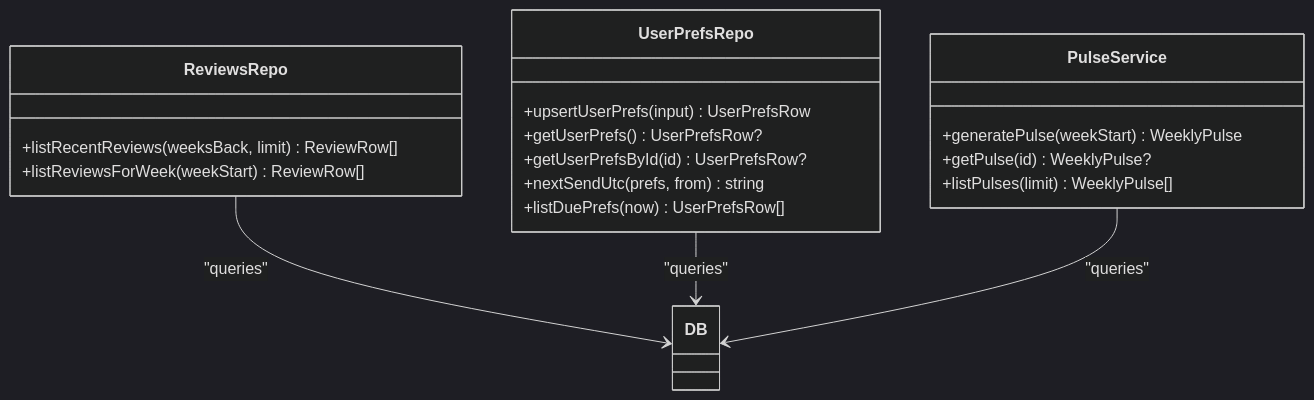
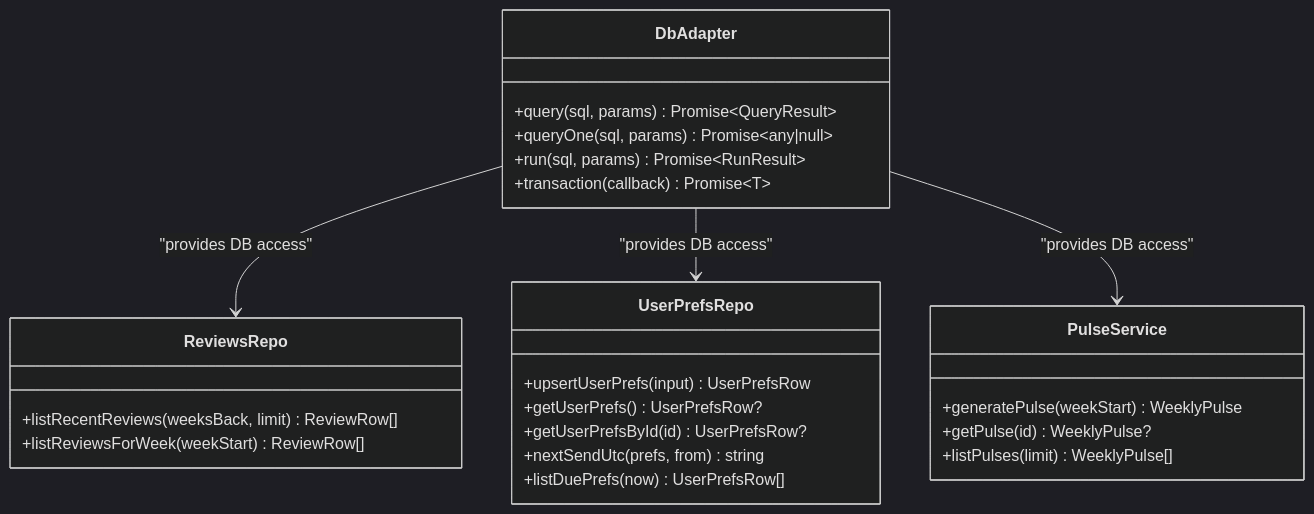
One commit to aravinthraj-ramalingam/Groww-App-Review-Insights-Analyzer- changed the sixth of 9 diagrams in .qoder/repowiki/en/content/Phase 1_ Review Scraper/Database Layer.md. Above: the diagram before and after it, drawn with Mermaid (dark theme). The commit also changed other lines of this file and 10 other files, not shown here.

````diff
--- a/.qoder/repowiki/en/content/Phase 1_ Review Scraper/Database Layer.md
+++ b/.qoder/repowiki/en/content/Phase 1_ Review Scraper/Database Layer.md
@@ -396,22 +428,28 @@
 ```mermaid
 classDiagram
+class DbAdapter {
++query(sql, params) Promise~QueryResult~
++queryOne(sql, params) Promise~any|null~
++run(sql, params) Promise~RunResult~
++transaction(callback) Promise~T~
+}
 class ReviewsRepo {
 +listRecentReviews(weeksBack, limit) ReviewRow[]
 +listReviewsForWeek(weekStart) ReviewRow[]
 }
 class UserPrefsRepo {
 +upsertUserPrefs(input) UserPrefsRow
 +getUserPrefs() UserPrefsRow?
 +getUserPrefsById(id) UserPrefsRow?
 +nextSendUtc(prefs, from) string
 +listDuePrefs(now) UserPrefsRow[]
 }
 class PulseService {
 +generatePulse(weekStart) WeeklyPulse
 +getPulse(id) WeeklyPulse?
 +listPulses(limit) WeeklyPulse[]
 }
-ReviewsRepo --> DB : "queries"
-UserPrefsRepo --> DB : "queries"
-PulseService --> DB : "queries"
+DbAdapter --> ReviewsRepo : "provides DB access"
+DbAdapter --> UserPrefsRepo : "provides DB access"
+DbAdapter --> PulseService : "provides DB access"
 ```
````
